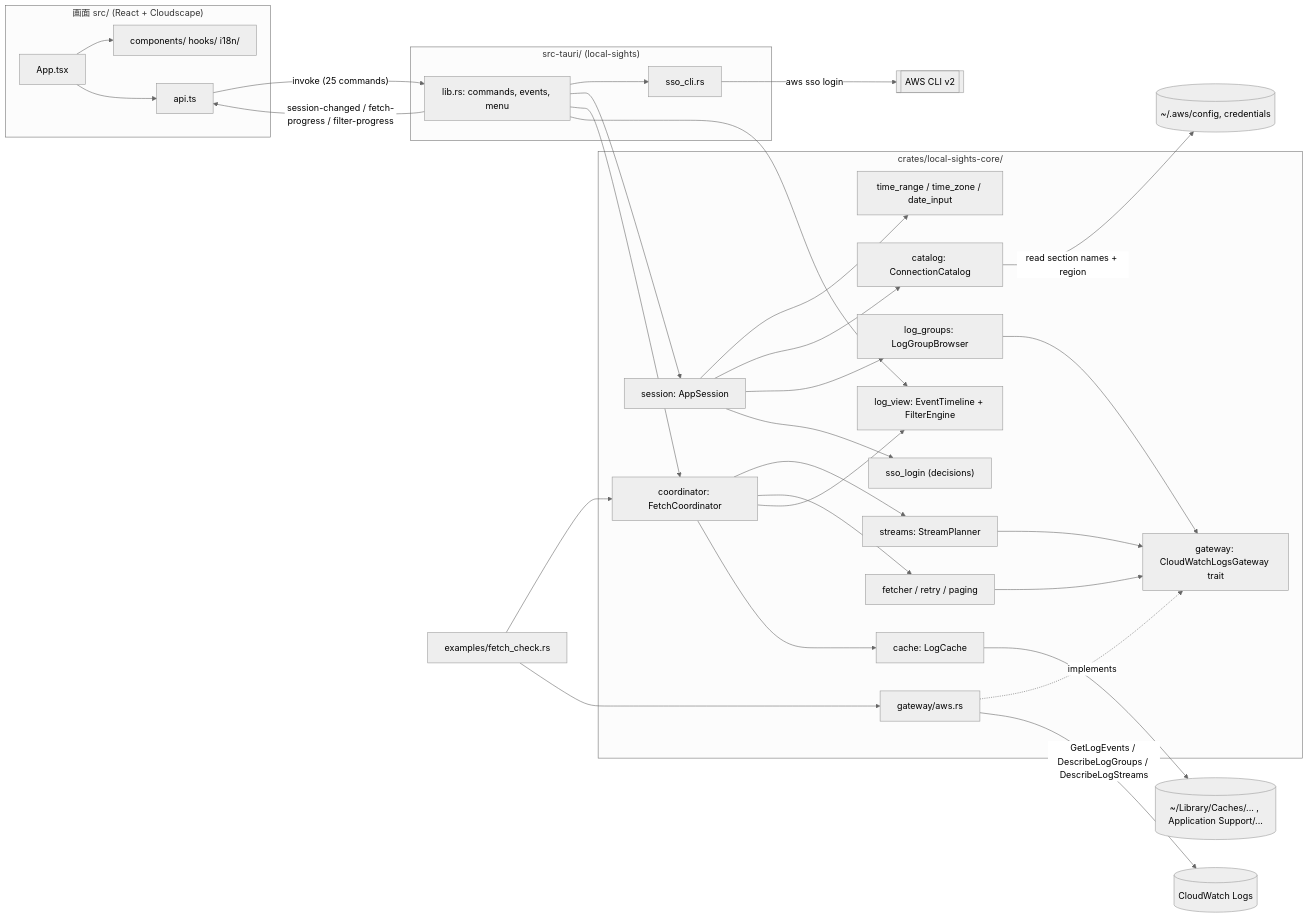
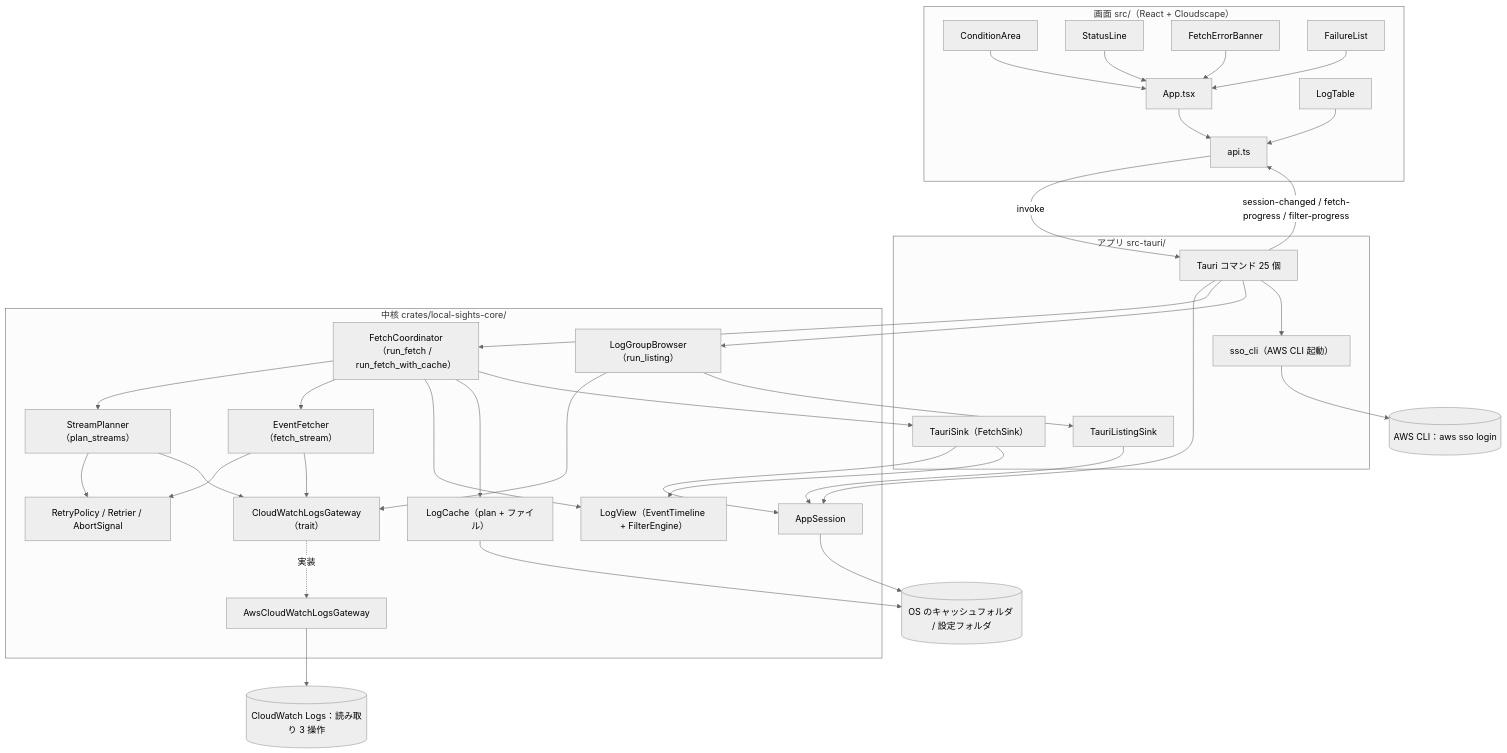
Before and after one commit to kdnakt/local-sights: the first of 5 diagrams in aidlc/spaces/default/codekb/local-sights/architecture.md, drawn with Mermaid (neutral theme). The commit also changed other lines of this file and 333 other files, not shown here.

````diff
--- a/aidlc/spaces/default/codekb/local-sights/architecture.md
+++ b/aidlc/spaces/default/codekb/local-sights/architecture.md
@@ -31,55 +28,65 @@
 ```mermaid
-flowchart LR
-  subgraph Screen["画面 src/ (React + Cloudscape)"]
+flowchart TB
+  subgraph Screen["画面 src/（React + Cloudscape）"]
     App["App.tsx"]
     Api["api.ts"]
-    Comps["components/ hooks/ i18n/"]
-    App --> Comps
-    App --> Api
+    Cond["ConditionArea"]
+    Status["StatusLine"]
+    Banner["FetchErrorBanner"]
+    Fail["FailureList"]
+    Table["LogTable"]
   end
+  subgraph Tauri["アプリ src-tauri/"]
+    Cmds["Tauri コマンド 25 個"]
+    Sink["TauriSink（FetchSink）"]
+    LSink["TauriListingSink"]
+    Sso["sso_cli（AWS CLI 起動）"]
+  end
+  subgraph Core["中核 crates/local-sights-core/"]
+    Session["AppSession"]
+    Coord["FetchCoordinator（run_fetch / run_fetch_with_cache）"]
+    Planner["StreamPlanner（plan_streams）"]
+    Fetcher["EventFetcher（fetch_stream）"]
+    Retry["RetryPolicy / Retrier / AbortSignal"]
+    View["LogView（EventTimeline + FilterEngine）"]
+    Cache["LogCache（plan + ファイル）"]
+    GW["CloudWatchLogsGateway（trait）"]
+    AwsGW["AwsCloudWatchLogsGateway"]
+    Listing["LogGroupBrowser（run_listing）"]
+  end
+  AWS[("CloudWatch Logs：読み取り 3 操作")]
+  CLI[("AWS CLI：aws sso login")]
+  Disk[("OS のキャッシュフォルダ / 設定フォルダ")]
 
-  subgraph TauriApp["src-tauri/ (local-sights)"]
-    Lib["lib.rs: commands, events, menu"]
-    SsoCli["sso_cli.rs"]
-    Lib --> SsoCli
-  end
-
-  subgraph Core["crates/local-sights-core/"]
-    Session["session: AppSession"]
-    Coord["coordinator: FetchCoordinator"]
-    Fetcher["fetcher / retry / paging"]
-    Planner["streams: StreamPlanner"]
-    Groups["log_groups: LogGroupBrowser"]
-    View["log_view: EventTimeline + FilterEngine"]
-    Cache["cache: LogCache"]
-    Catalog["catalog: ConnectionCatalog"]
-    Time["time_range / time_zone / date_input"]
-    Sso["sso_login (decisions)"]
-    Gateway["gateway: CloudWatchLogsGateway trait"]
-    AwsImpl["gateway/aws.rs"]
-    Session --> Time
-    Session --> Catalog
-    Session --> Groups
-    Session --> Sso
-    Coord --> Planner
-    Coord --> Fetcher
-    Coord --> View
-    Coord --> Cache
-    Planner --> Gateway
-    Fetcher --> Gateway
-    Groups --> Gateway
-    AwsImpl -. implements .-> Gateway
-  end
-
-  Api -- "invoke (25 commands)" --> Lib
-  Lib -- "session-changed / fetch-progress / filter-progress" --> Api
-  Lib --> Session
-  Lib --> Coord
-  Lib --> View
-  AwsImpl -- "GetLogEvents / DescribeLogGroups / DescribeLogStreams" --> AWS[("CloudWatch Logs")]
-  Catalog -- "read section names + region" --> AwsFiles[("~/.aws/config, credentials")]
-  Cache --> Disk[("~/Library/Caches/... , Application Support/...")]
-  SsoCli -- "aws sso login" --> Cli[["AWS CLI v2"]]
-  FetchCheck["examples/fetch_check.rs"] --> Coord
-  FetchCheck --> AwsImpl
+  App --> Api
+  Cond --> App
+  Status --> App
+  Banner --> App
+  Fail --> App
+  Table --> Api
+  Api -- "invoke" --> Cmds
+  Cmds -- "session-changed / fetch-progress / filter-progress" --> Api
+  Cmds --> Session
+  Cmds --> Coord
+  Cmds --> Listing
+  Cmds --> Sso
+  Coord --> Planner
+  Coord --> Fetcher
+  Planner --> Retry
+  Fetcher --> Retry
+  Planner --> GW
+  Fetcher --> GW
+  Listing --> GW
+  Coord --> View
+  Coord --> Cache
+  Coord --> Sink
+  Sink --> Session
+  Sink --> View
+  Listing --> LSink
+  LSink --> Session
+  GW -.->|実装| AwsGW
+  AwsGW --> AWS
+  Sso --> CLI
+  Cache --> Disk
+  Session --> Disk
 ```
````
